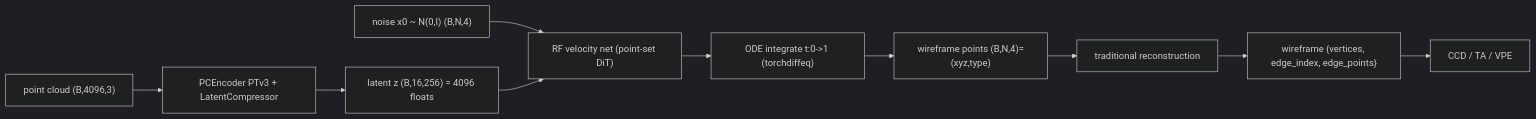
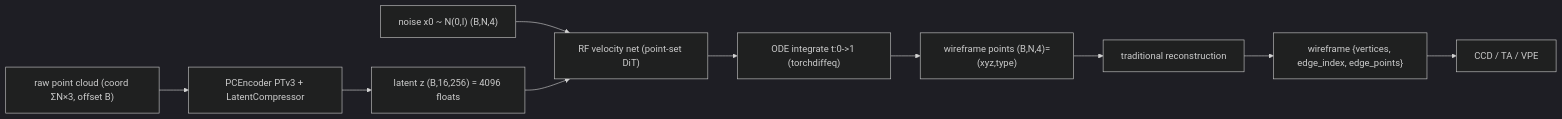
The diagram in README.md (xccElephant/pc2wireframe), drawn with Mermaid (dark theme) before and after one commit. The commit also changed other lines of this file and 5 other files, not shown here.

First line of the commit message:
Update point cloud handling and documentation for PTv3 integration

````diff
--- a/README.md
+++ b/README.md
@@ -27,12 +27,12 @@
 ```mermaid
 flowchart LR
-  PC["point cloud (B,4096,3)"] --> ENC["PCEncoder PTv3 + LatentCompressor"]
+  PC["raw point cloud (coord ΣN×3, offset B)"] --> ENC["PCEncoder PTv3 + LatentCompressor"]
   ENC --> Z["latent z (B,16,256) = 4096 floats"]
   X0["noise x0 ~ N(0,I) (B,N,4)"] --> VEL
   Z --> VEL["RF velocity net (point-set DiT)"]
   VEL --> ODE["ODE integrate t:0->1 (torchdiffeq)"]
   ODE --> WP["wireframe points (B,N,4)=(xyz,type)"]
   WP --> REC["traditional reconstruction"]
   REC --> WF["wireframe {vertices, edge_index, edge_points}"]
   WF --> MET["CCD / TA / VPE"]
 ```
````
